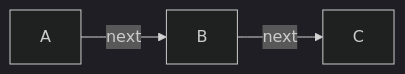
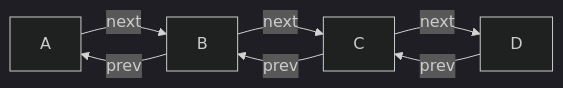
The diagram in zettelkasten/Doubly Linked List.md (ChrisW-priv/PersonalVault), drawn with Mermaid (dark theme) before and after one commit. The commit also changed 2 other files, not shown here.

Commit message:
vault backup: 2022-12-07 19:33:37

````diff
--- a/zettelkasten/Doubly Linked List.md
+++ b/zettelkasten/Doubly Linked List.md
@@ -6,5 +6,5 @@
 ```mermaid
 flowchart LR
-    A -->|next| B -->|next| C
-    
+    A -->|next| B -->|next| C -->|next| D
+	D -->|prev| C -->|prev| B -->|prev| A
 ```
````
